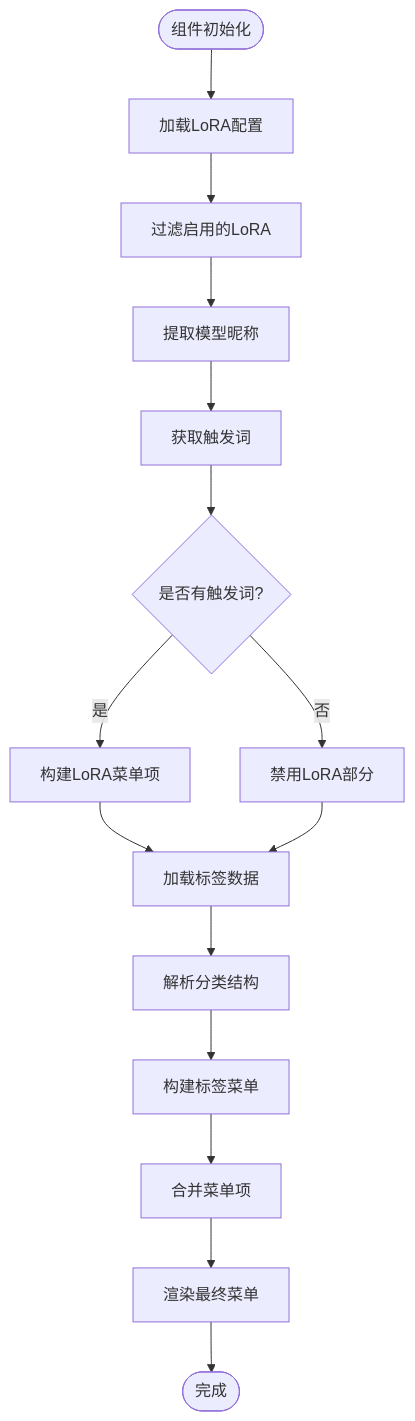
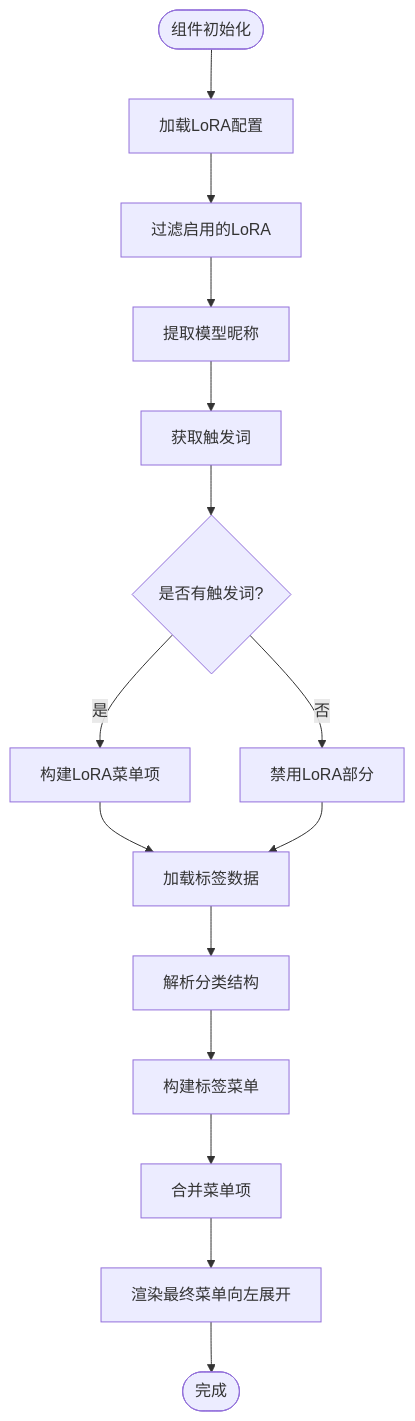
The fourth of 10 diagrams in .qoder/repowiki/zh/content/用户界面组件/提示词上下文菜单.md (billye220670/CorineKit_Pix2Real), drawn with Mermaid before and after one commit. The commit also changed other lines of this file and 5 other files, not shown here.

````diff
--- a/.qoder/repowiki/zh/content/用户界面组件/提示词上下文菜单.md
+++ b/.qoder/repowiki/zh/content/用户界面组件/提示词上下文菜单.md
@@ -203,17 +214,17 @@
 ```mermaid
 flowchart TD
 Start([组件初始化]) --> LoadLoras["加载LoRA配置"]
 LoadLoras --> FilterLoras["过滤启用的LoRA"]
 FilterLoras --> ExtractNames["提取模型昵称"]
 ExtractNames --> GetTriggers["获取触发词"]
 GetTriggers --> CheckTriggers{"是否有触发词?"}
 CheckTriggers --> |是| BuildLoraMenu["构建LoRA菜单项"]
 CheckTriggers --> |否| DisableSection["禁用LoRA部分"]
 BuildLoraMenu --> LoadTags["加载标签数据"]
 DisableSection --> LoadTags
 LoadTags --> ParseCategories["解析分类结构"]
 ParseCategories --> BuildTagMenu["构建标签菜单"]
 BuildTagMenu --> CombineMenus["合并菜单项"]
-CombineMenus --> RenderMenu["渲染最终菜单"]
+CombineMenus --> RenderMenu["渲染最终菜单向左展开"]
 RenderMenu --> End([完成])
 ```
````
